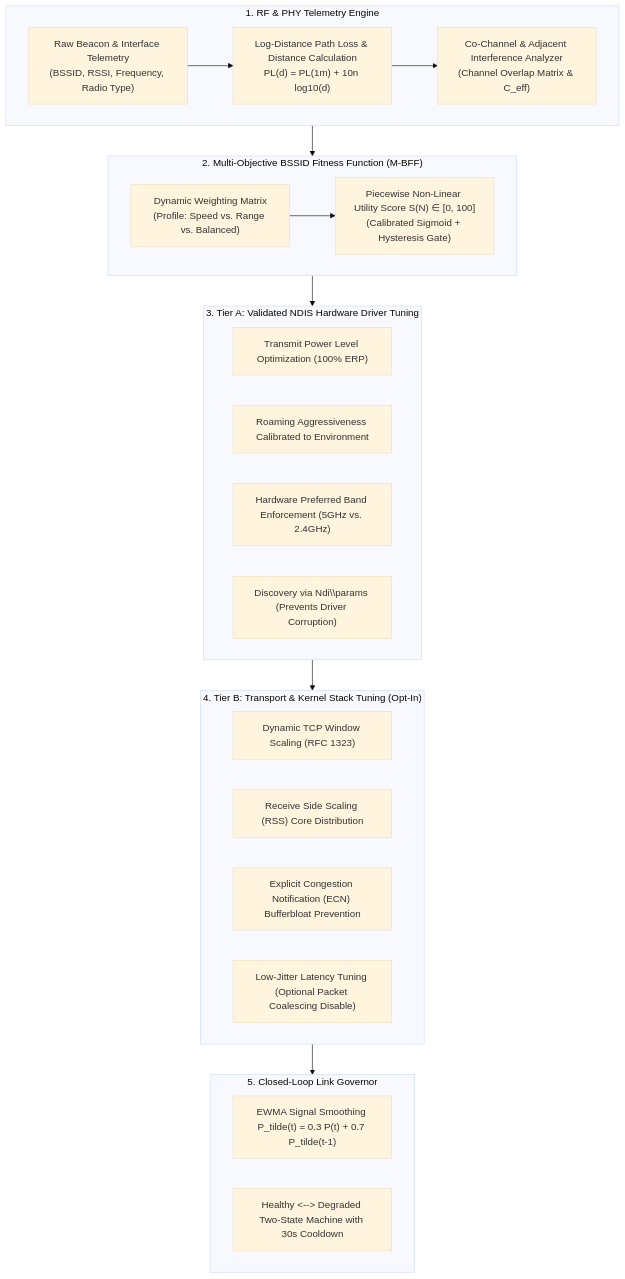
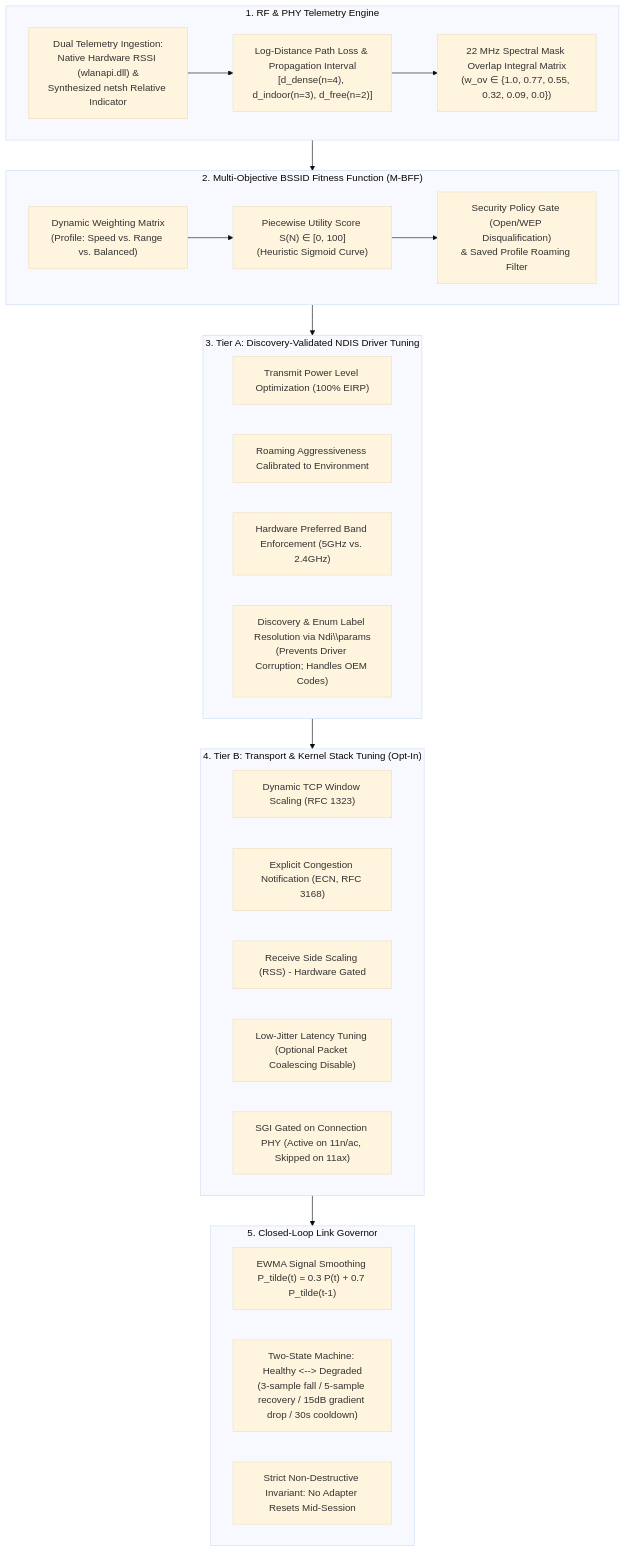
Before and after one commit to Enquzer/wifi-optimizer: the diagram in docs/ALGORITHM.md, drawn with Mermaid (base theme). The commit also changed other lines of this file and 6 other files, not shown here.

Commit message:
feat(core): address engineering audit critique with native RSSI, range intervals, enum resolution, and link governor rules

````diff
--- a/docs/ALGORITHM.md
+++ b/docs/ALGORITHM.md
@@ -17,35 +17,38 @@
 ```mermaid
 flowchart TD
     subgraph L1_L2["1. RF & PHY Telemetry Engine"]
-        A1["Raw Beacon & Interface Telemetry\n(BSSID, RSSI, Frequency, Radio Type)"] --> A2["Log-Distance Path Loss & Distance Calculation\nPL(d) = PL(1m) + 10n log10(d)"]
-        A2 --> A3["Co-Channel & Adjacent Interference Analyzer\n(Channel Overlap Matrix & C_eff)"]
+        A1["Dual Telemetry Ingestion:\nNative Hardware RSSI (wlanapi.dll) &\nSynthesized netsh Relative Indicator"] --> A2["Log-Distance Path Loss & Propagation Interval\n[d_dense(n=4), d_indoor(n=3), d_free(n=2)]"]
+        A2 --> A3["22 MHz Spectral Mask Overlap Integral Matrix\n(w_ov ∈ {1.0, 0.77, 0.55, 0.32, 0.09, 0.0})"]
     end
 
     subgraph Scoring["2. Multi-Objective BSSID Fitness Function (M-BFF)"]
-        B1["Dynamic Weighting Matrix\n(Profile: Speed vs. Range vs. Balanced)"] --> B2["Piecewise Non-Linear Utility Score S(N) ∈ [0, 100]\n(Calibrated Sigmoid + Hysteresis Gate)"]
+        B1["Dynamic Weighting Matrix\n(Profile: Speed vs. Range vs. Balanced)"] --> B2["Piecewise Utility Score S(N) ∈ [0, 100]\n(Heuristic Sigmoid Curve)"]
+        B2 --> B3["Security Policy Gate (Open/WEP Disqualification)\n& Saved Profile Roaming Filter"]
     end
 
-    subgraph Hardware["3. Tier A: Validated NDIS Hardware Driver Tuning"]
-        C1["Transmit Power Level Optimization (100% ERP)"]
+    subgraph Hardware["3. Tier A: Discovery-Validated NDIS Driver Tuning"]
+        C1["Transmit Power Level Optimization (100% EIRP)"]
         C2["Roaming Aggressiveness Calibrated to Environment"]
         C3["Hardware Preferred Band Enforcement (5GHz vs. 2.4GHz)"]
-        C4["Discovery via Ndi\\params (Prevents Driver Corruption)"]
+        C4["Discovery & Enum Label Resolution via Ndi\\params\n(Prevents Driver Corruption; Handles OEM Codes)"]
     end
 
     subgraph Stack["4. Tier B: Transport & Kernel Stack Tuning (Opt-In)"]
         D1["Dynamic TCP Window Scaling (RFC 1323)"]
-        D2["Receive Side Scaling (RSS) Core Distribution"]
-        D3["Explicit Congestion Notification (ECN) Bufferbloat Prevention"]
+        D2["Explicit Congestion Notification (ECN, RFC 3168)"]
+        D3["Receive Side Scaling (RSS) - Hardware Gated"]
         D4["Low-Jitter Latency Tuning (Optional Packet Coalescing Disable)"]
+        D5["SGI Gated on Connection PHY (Active on 11n/ac, Skipped on 11ax)"]
     end
 
     subgraph Governor["5. Closed-Loop Link Governor"]
         E1["EWMA Signal Smoothing P_tilde(t) = 0.3 P(t) + 0.7 P_tilde(t-1)"]
-        E2["Healthy <--> Degraded Two-State Machine with 30s Cooldown"]
+        E2["Two-State Machine: Healthy <--> Degraded\n(3-sample fall / 5-sample recovery / 15dB gradient drop / 30s cooldown)"]
+        E3["Strict Non-Destructive Invariant: No Adapter Resets Mid-Session"]
     end
 
     L1_L2 --> Scoring
     Scoring --> Hardware
     Hardware --> Stack
     Stack --> Governor
 ```
````
